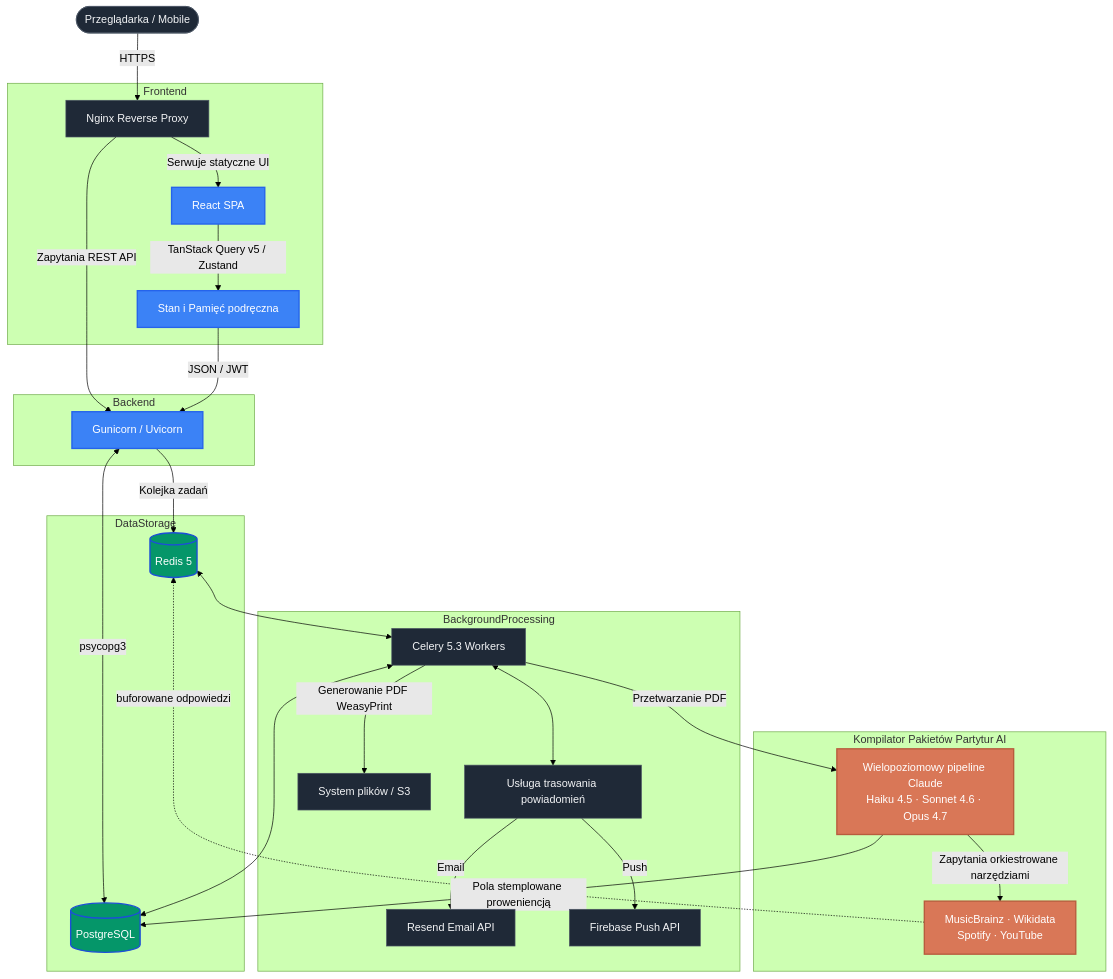
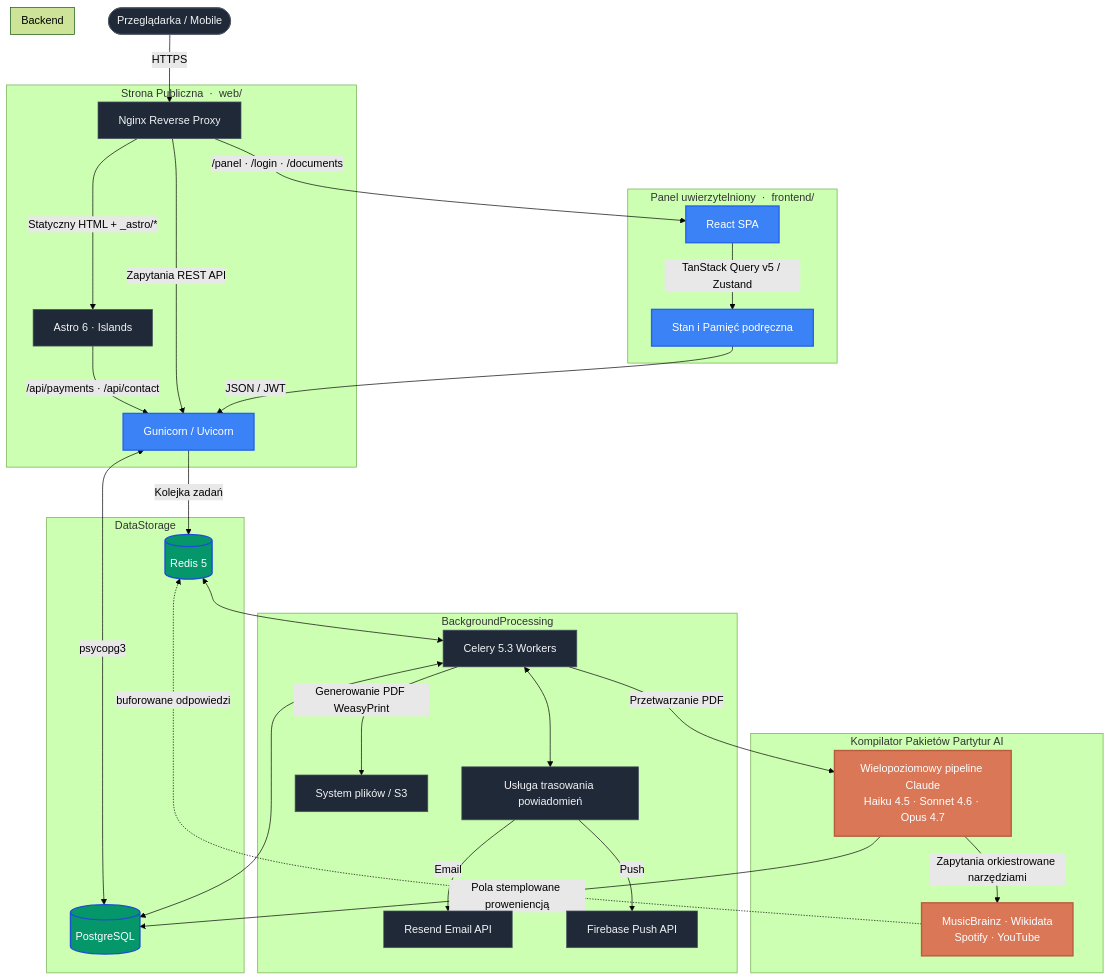
Before and after one commit to bedikryst/VoctManager: the diagram in README.pl.md, drawn with Mermaid (forest theme). The commit also changed other lines of this file and 3 other files, not shown here.

Commit message:
feat(docs): update README files to reflect dual frontend architecture and Dockerized production deployment

````diff
--- a/README.pl.md
+++ b/README.pl.md
@@ -27,44 +27,49 @@
 ```mermaid
 graph TD
     Client([Przeglądarka / Mobile]) -->|HTTPS| Nginx[Nginx Reverse Proxy]
 
-    subgraph Frontend
-        Nginx -->|Serwuje statyczne UI| React[React SPA]
+    subgraph PublicWeb [Strona Publiczna &nbsp;·&nbsp; web/]
+        Nginx -->|Statyczny HTML + _astro/*| Astro[Astro 6 · Islands]
+        Astro -->|/api/payments · /api/contact| Gunicorn
+    end
+
+    subgraph Panel [Panel uwierzytelniony &nbsp;·&nbsp; frontend/]
+        Nginx -->|/panel · /login · /documents| React[React SPA]
         React -->|TanStack Query v5 / Zustand| StateManager[Stan i Pamięć podręczna]
     end
 
     subgraph Backend
         Nginx -->|Zapytania REST API| Gunicorn[Gunicorn / Uvicorn]
         StateManager -->|JSON / JWT| Gunicorn
     end
 
     subgraph DataStorage
         Gunicorn <-->|psycopg3| DB[(PostgreSQL)]
         Gunicorn -->|Kolejka zadań| Redis[(Redis 5)]
     end
 
     subgraph BackgroundProcessing
         Redis <--> Celery[Celery 5.3 Workers]
         Celery <--> NotificationService[Usługa trasowania powiadomień]
         NotificationService -->|Email| Resend[Resend Email API]
         NotificationService -->|Push| Firebase[Firebase Push API]
         Celery <--> DB
         Celery -->|Generowanie PDF WeasyPrint| Ext[System plików / S3]
     end
 
     subgraph AIScoreCompiler[Kompilator Pakietów Partytur AI]
         Celery -->|Przetwarzanie PDF| Claude["Wielopoziomowy pipeline Claude<br/>Haiku 4.5 · Sonnet 4.6 · Opus 4.7"]
         Claude -->|Zapytania orkiestrowane narzędziami| ExtMeta["MusicBrainz · Wikidata<br/>Spotify · YouTube"]
         ExtMeta -.->|buforowane odpowiedzi| Redis
         Claude -->|Pola stemplowane proweniencją| DB
     end
 
     classDef default fill:#1f2937,stroke:#4b5563,stroke-width:1px,color:#f3f4f6;
     classDef highlight fill:#3b82f6,stroke:#2563eb,stroke-width:2px,color:#ffffff;
     classDef db fill:#059669,stroke:#1d4ed8,stroke-width:2px,color:#ffffff;
     classDef ai fill:#D97757,stroke:#b85c3e,stroke-width:2px,color:#ffffff;
 
     class React,StateManager,Gunicorn highlight;
     class DB,Redis db;
     class Claude,ExtMeta ai;
 ```
````
